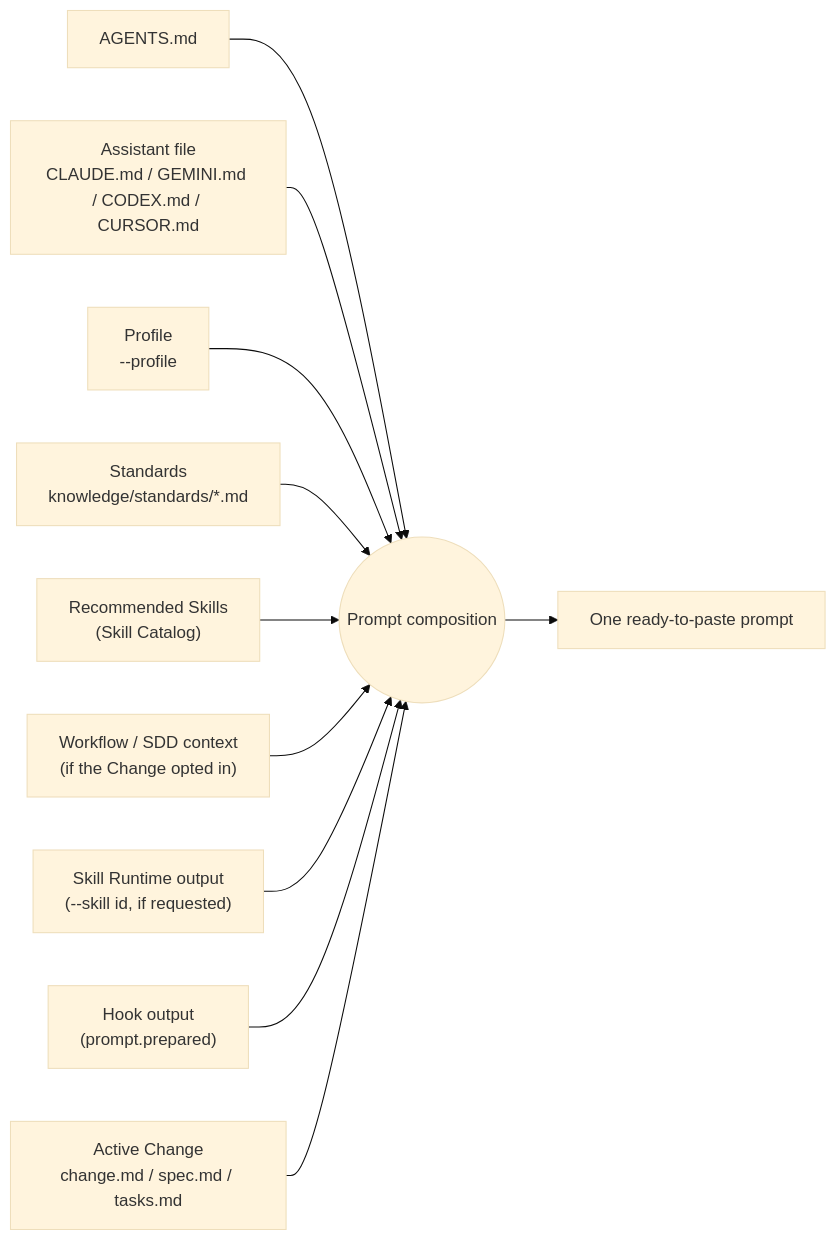
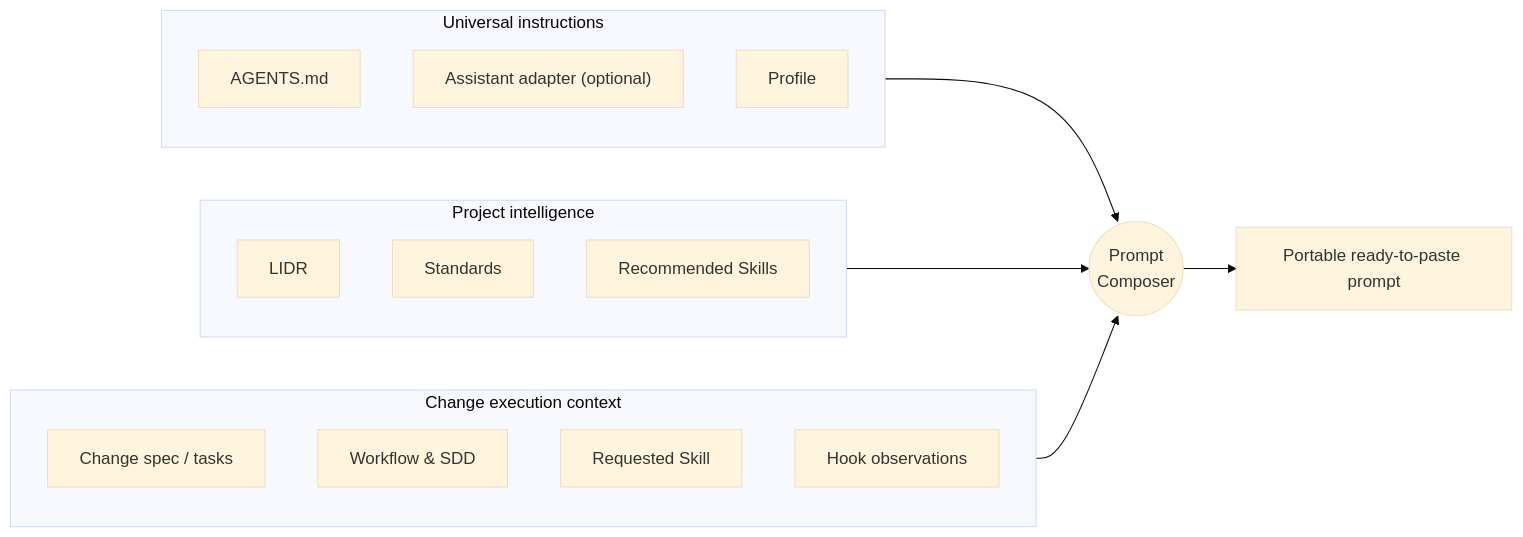
One commit to avazquezmaza/aief-next changed the third of 4 diagrams in docs/architecture.md. Above: the diagram before and after it, drawn with Mermaid (base theme). The commit also changed other lines of this file and 9 other files, not shown here.

First line of the commit message:
docs(v3.1): improve README and architecture diagrams

````diff
--- a/docs/architecture.md
+++ b/docs/architecture.md
@@ -171,13 +135,24 @@
 ```mermaid
 flowchart LR
-    AG[AGENTS.md] --> P
-    AF["Assistant file\nCLAUDE.md / GEMINI.md / CODEX.md / CURSOR.md"] --> P
-    PRO["Profile\n--profile"] --> P
-    STD["Standards\nknowledge/standards/*.md"] --> P
-    SKL["Recommended Skills\n(Skill Catalog)"] --> P
-    WFB["Workflow / SDD context\n(if the Change opted in)"] --> P
-    SKR["Skill Runtime output\n(--skill id, if requested)"] --> P
-    HKB["Hook output\n(prompt.prepared)"] --> P
-    CHG["Active Change\nchange.md / spec.md / tasks.md"] --> P
-    P((Prompt composition)) --> OUT[One ready-to-paste prompt]
+    subgraph U["Universal instructions"]
+        AG["AGENTS.md"]
+        AF["Assistant adapter (optional)"]
+        PRO["Profile"]
+    end
+    subgraph PI["Project intelligence"]
+        LIDR["LIDR"]
+        STD["Standards"]
+        SKL["Recommended Skills"]
+    end
+    subgraph CE["Change execution context"]
+        CHG["Change spec / tasks"]
+        WF["Workflow & SDD"]
+        RSK["Requested Skill"]
+        HK["Hook observations"]
+    end
+
+    U --> P((Prompt<br/>Composer))
+    PI --> P
+    CE --> P
+    P --> OUT["Portable ready-to-paste prompt"]
 ```
````
